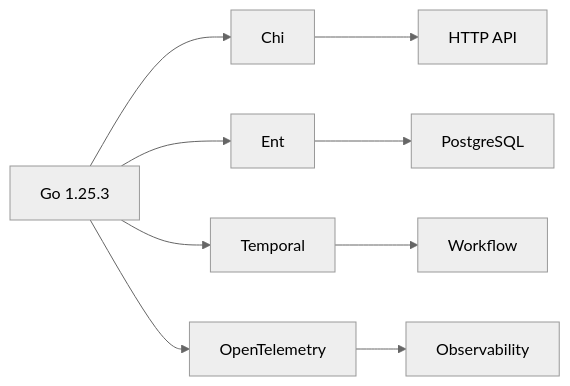
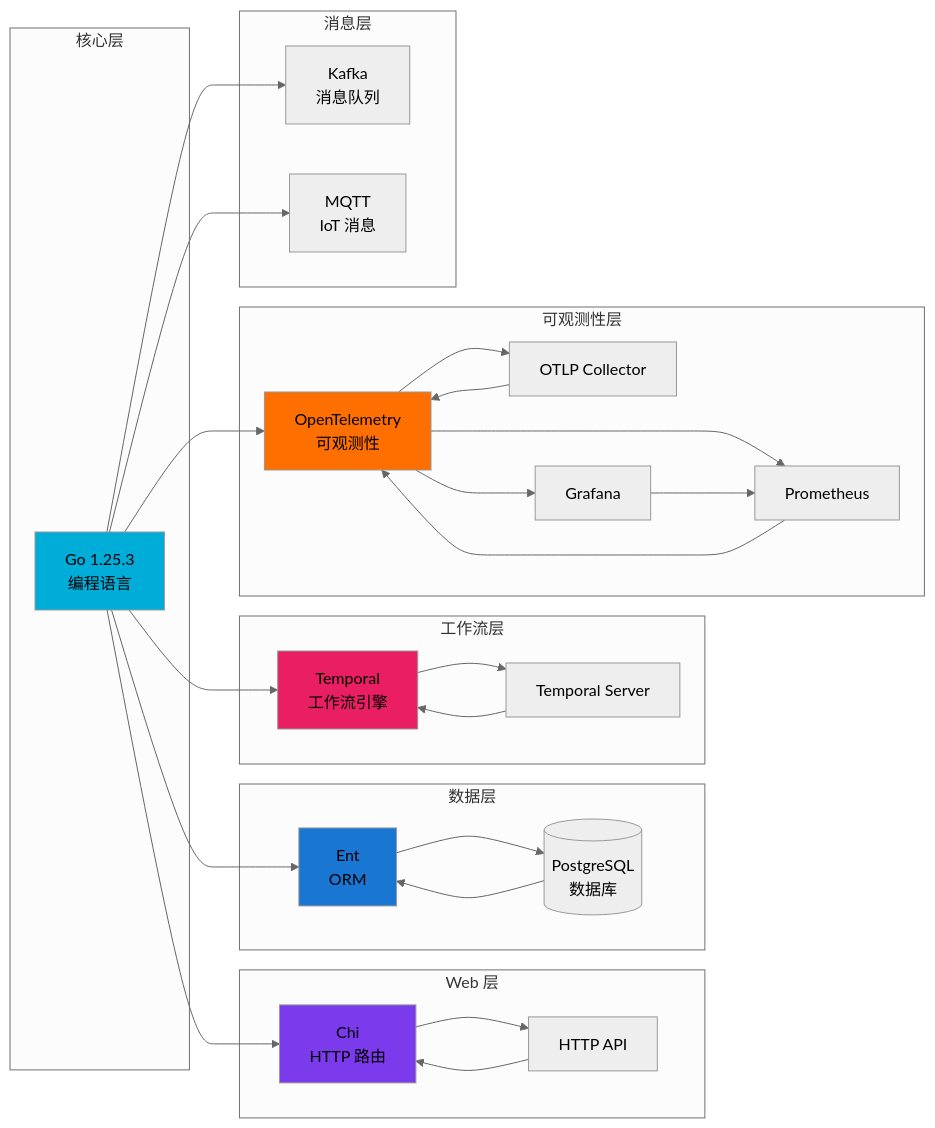
One commit to AdaMartin18010/golang changed the tenth of 13 diagrams in docs/architecture/00-知识图谱.md. Above: the diagram before and after it, drawn with Mermaid (neutral theme). The commit also changed other lines of this file and 28 other files, not shown here.

````diff
--- a/docs/architecture/00-知识图谱.md
+++ b/docs/architecture/00-知识图谱.md
@@ -124,11 +696,53 @@
 ```mermaid
 graph LR
-    A[Go 1.25.3] --> B[Chi]
-    A --> C[Ent]
-    A --> D[Temporal]
-    A --> E[OpenTelemetry]
-    B --> F[HTTP API]
-    C --> G[PostgreSQL]
-    D --> H[Workflow]
-    E --> I[Observability]
+    subgraph "核心层"
+        Go[Go 1.25.3<br/>编程语言]
+    end
+
+    subgraph "Web 层"
+        Chi[Chi<br/>HTTP 路由]
+        Chi --> HTTP[HTTP API]
+    end
+
+    subgraph "数据层"
+        Ent[Ent<br/>ORM]
+        Ent --> PG[(PostgreSQL<br/>数据库)]
+    end
+
+    subgraph "工作流层"
+        Temporal[Temporal<br/>工作流引擎]
+        Temporal --> TS[Temporal Server]
+    end
+
+    subgraph "可观测性层"
+        OTLP[OpenTelemetry<br/>可观测性]
+        OTLP --> OC[OTLP Collector]
+        OTLP --> Prom[Prometheus]
+        OTLP --> Graf[Grafana]
+    end
+
+    subgraph "消息层"
+        Kafka[Kafka<br/>消息队列]
+        MQTT[MQTT<br/>IoT 消息]
+    end
+
+    Go --> Chi
+    Go --> Ent
+    Go --> Temporal
+    Go --> OTLP
+    Go --> Kafka
+    Go --> MQTT
+
+    HTTP --> Chi
+    PG --> Ent
+    TS --> Temporal
+    OC --> OTLP
+    Prom --> OTLP
+    Graf --> Prom
+
+    style Go fill:#00add8
+    style Chi fill:#7c3aed
+    style Ent fill:#1976d2
+    style Temporal fill:#e91e63
+    style OTLP fill:#ff6f00
 ```
````
